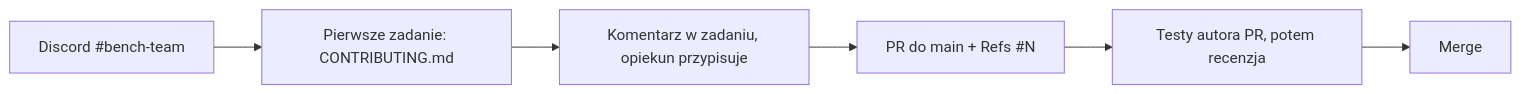
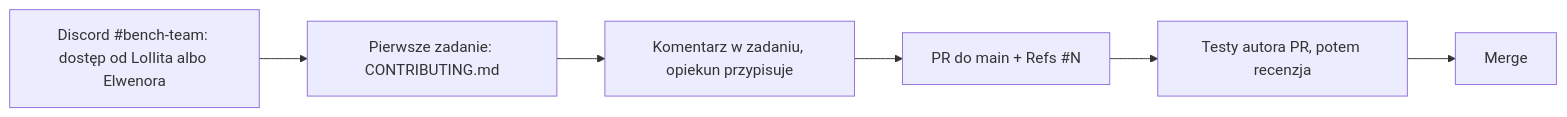
Before and after one commit to slayerlabs/benchmarks-fabryka-ai: the diagram in README.md, drawn with Mermaid. The commit also changed other lines of this file and 1 other file, not shown here.

Commit message:
docs: join via Discord, ask LoIlita or Elwenor for Benchmark Team access

````diff
--- a/README.md
+++ b/README.md
@@ -22,7 +23,7 @@
 ```mermaid
 flowchart LR
-  A[Discord #bench-team] --> B[Pierwsze zadanie: CONTRIBUTING.md]
+  A[Discord #bench-team: dostęp od LoIlita albo Elwenora] --> B[Pierwsze zadanie: CONTRIBUTING.md]
   B --> C[Komentarz w zadaniu, opiekun przypisuje]
   C --> D[PR do main + Refs #N]
   D --> E[Testy autora PR, potem recenzja] --> F[Merge]
 ```
````
